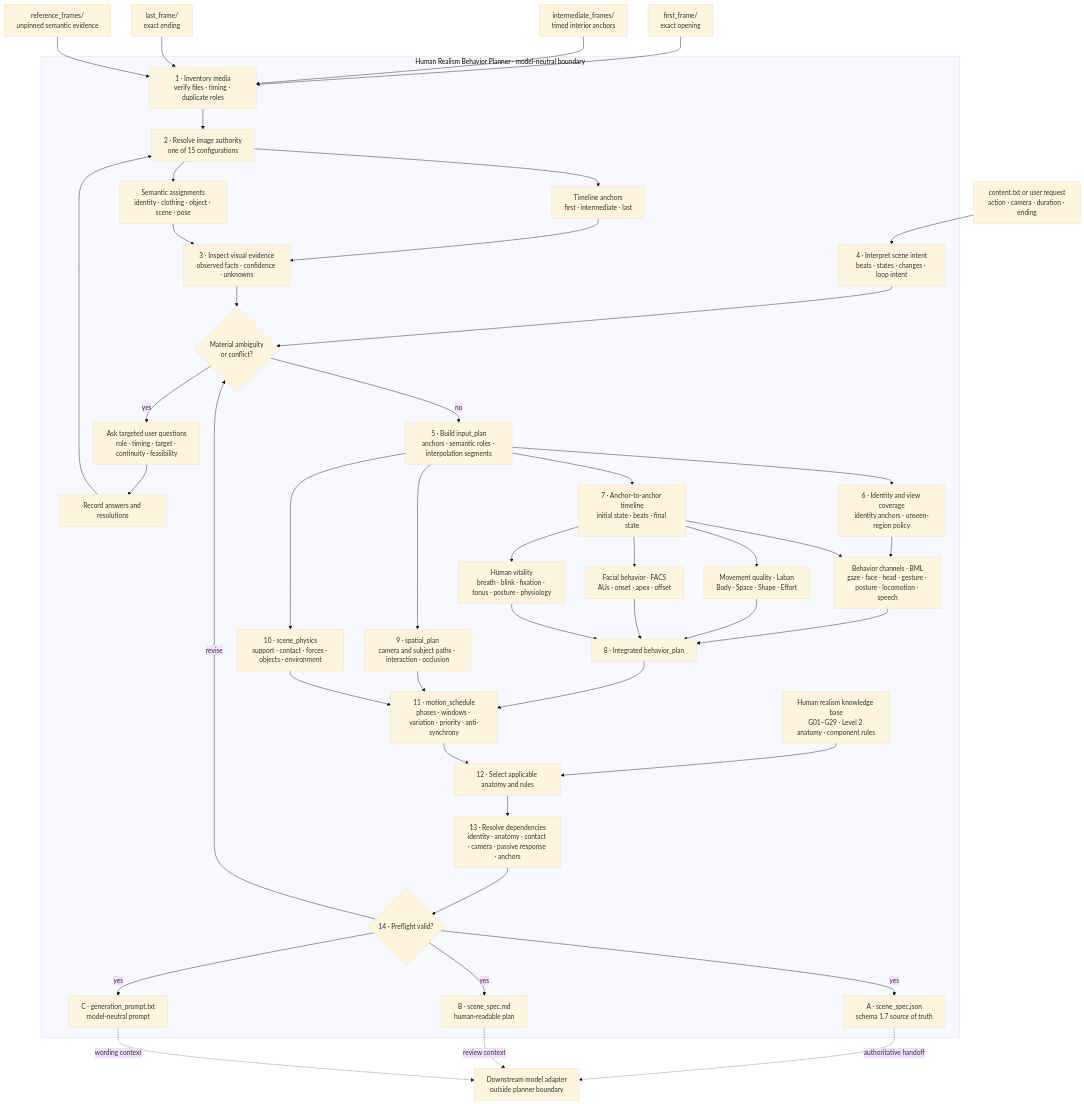
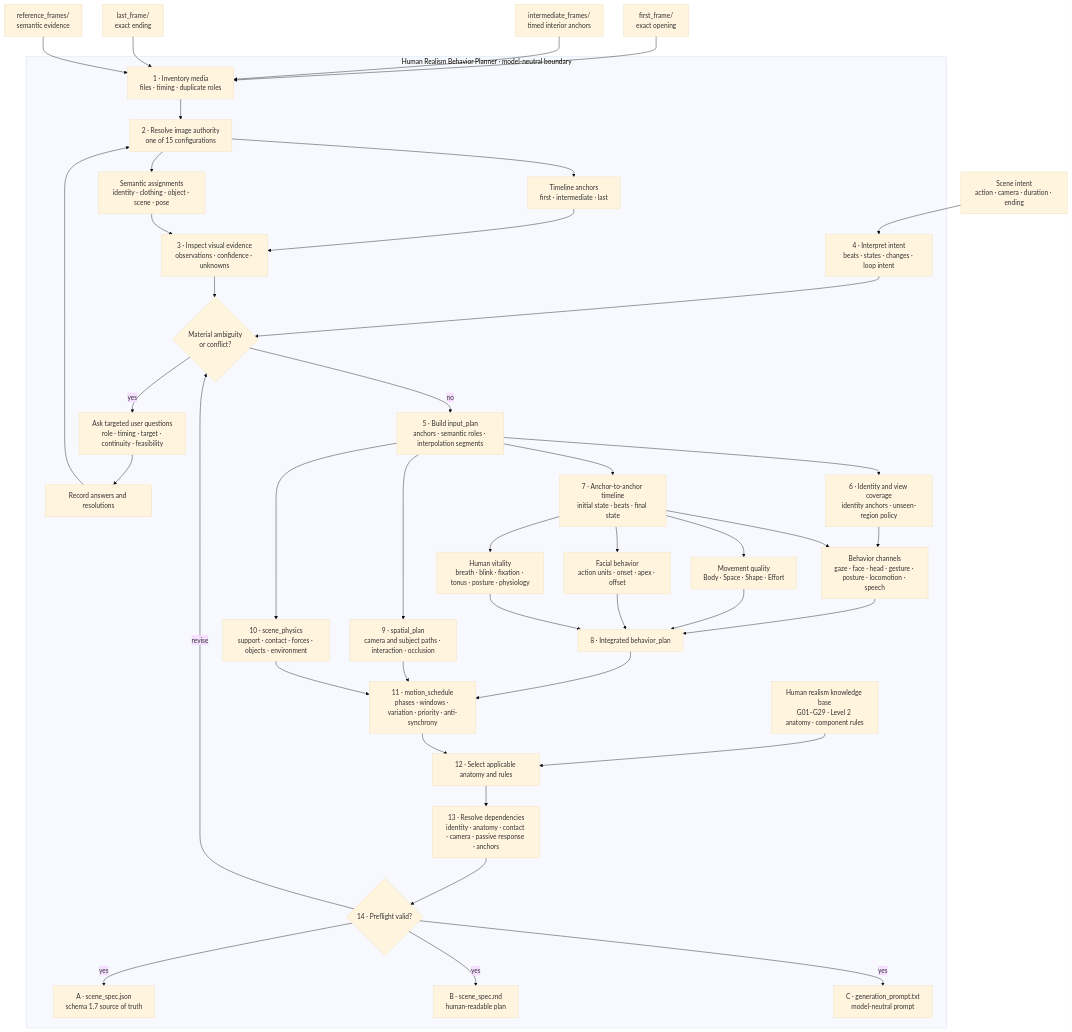
The diagram in README.md (expectopatronm/human-realism-video-workflows), drawn with Mermaid (base theme) before and after one commit. The commit also changed other lines of this file and 7 other files, not shown here.

Commit message:
Reduce repository to behavior planner

````diff
--- a/README.md
+++ b/README.md
@@ -275,58 +19,54 @@
 ```mermaid
 flowchart TD
     FF["first_frame/<br/>exact opening"] --> INV
     IF["intermediate_frames/<br/>timed interior anchors"] --> INV
     LF["last_frame/<br/>exact ending"] --> INV
-    RF["reference_frames/<br/>unpinned semantic evidence"] --> INV
-    UT["content.txt or user request<br/>action · camera · duration · ending"] --> INTENT
+    RF["reference_frames/<br/>semantic evidence"] --> INV
+    UT["Scene intent<br/>action · camera · duration · ending"] --> INTENT
 
     subgraph HRBP["Human Realism Behavior Planner · model-neutral boundary"]
-        INV["1 · Inventory media<br/>verify files · timing · duplicate roles"]
+        INV["1 · Inventory media<br/>files · timing · duplicate roles"]
         INV --> ROLE["2 · Resolve image authority<br/>one of 15 configurations"]
         ROLE --> ANCHORS["Timeline anchors<br/>first · intermediate · last"]
         ROLE --> SEMANTIC["Semantic assignments<br/>identity · clothing · object · scene · pose"]
 
-        ANCHORS --> OBS["3 · Inspect visual evidence<br/>observed facts · confidence · unknowns"]
+        ANCHORS --> OBS["3 · Inspect visual evidence<br/>observations · confidence · unknowns"]
         SEMANTIC --> OBS
-        INTENT["4 · Interpret scene intent<br/>beats · states · changes · loop intent"] --> GATE
+        INTENT["4 · Interpret intent<br/>beats · states · changes · loop intent"] --> GATE
         OBS --> GATE{"Material ambiguity<br/>or conflict?"}
 
         GATE -- yes --> ASK["Ask targeted user questions<br/>role · timing · target · continuity · feasibility"]
         ASK --> ANSWER["Record answers and resolutions"]
         ANSWER --> ROLE
         GATE -- no --> INPUTPLAN["5 · Build input_plan<br/>anchors · semantic roles · interpolation segments"]
 
         INPUTPLAN --> ID["6 · Identity and view coverage<br/>identity anchors · unseen-region policy"]
         INPUTPLAN --> TIMELINE["7 · Anchor-to-anchor timeline<br/>initial state · beats · final state"]
 
-        ID --> BML["Behavior channels · BML<br/>gaze · face · head · gesture · posture · locomotion · speech"]
+        ID --> BML["Behavior channels<br/>gaze · face · head · gesture · posture · locomotion · speech"]
         TIMELINE --> BML
-        TIMELINE --> LABAN["Movement quality · Laban<br/>Body · Space · Shape · Effort"]
-        TIMELINE --> FACS["Facial behavior · FACS<br/>AUs · onset · apex · offset"]
+        TIMELINE --> LABAN["Movement quality<br/>Body · Space · Shape · Effort"]
+        TIMELINE --> FACS["Facial behavior<br/>action units · onset · apex · offset"]
         TIMELINE --> LIFE["Human vitality<br/>breath · blink · fixation · tonus · posture · physiology"]
 
         BML --> BEHAVIOR["8 · Integrated behavior_plan"]
         LABAN --> BEHAVIOR
         FACS --> BEHAVIOR
         LIFE --> BEHAVIOR
 
         INPUTPLAN --> SPACE["9 · spatial_plan<br/>camera and subject paths · interaction · occlusion"]
         INPUTPLAN --> PHYSICS["10 · scene_physics<br/>support · contact · forces · objects · environment"]
         BEHAVIOR --> SCHEDULE["11 · motion_schedule<br/>phases · windows · variation · priority · anti-synchrony"]
         SPACE --> SCHEDULE
         PHYSICS --> SCHEDULE
 
         RULES["Human realism knowledge base<br/>G01–G29 · Level 2 anatomy · component rules"] --> SELECT["12 · Select applicable anatomy and rules"]
         SCHEDULE --> SELECT
         SELECT --> DEP["13 · Resolve dependencies<br/>identity · anatomy · contact · camera · passive response · anchors"]
         DEP --> CHECK{"14 · Preflight valid?"}
         CHECK -- revise --> GATE
         CHECK -- yes --> JSON["A · scene_spec.json<br/>schema 1.7 source of truth"]
         CHECK -- yes --> READABLE["B · scene_spec.md<br/>human-readable plan"]
         CHECK -- yes --> PROMPT["C · generation_prompt.txt<br/>model-neutral prompt"]
     end
-
-    JSON -. authoritative handoff .-> DOWN["Downstream model adapter<br/>outside planner boundary"]
-    READABLE -. review context .-> DOWN
-    PROMPT -. wording context .-> DOWN
 ```
````
